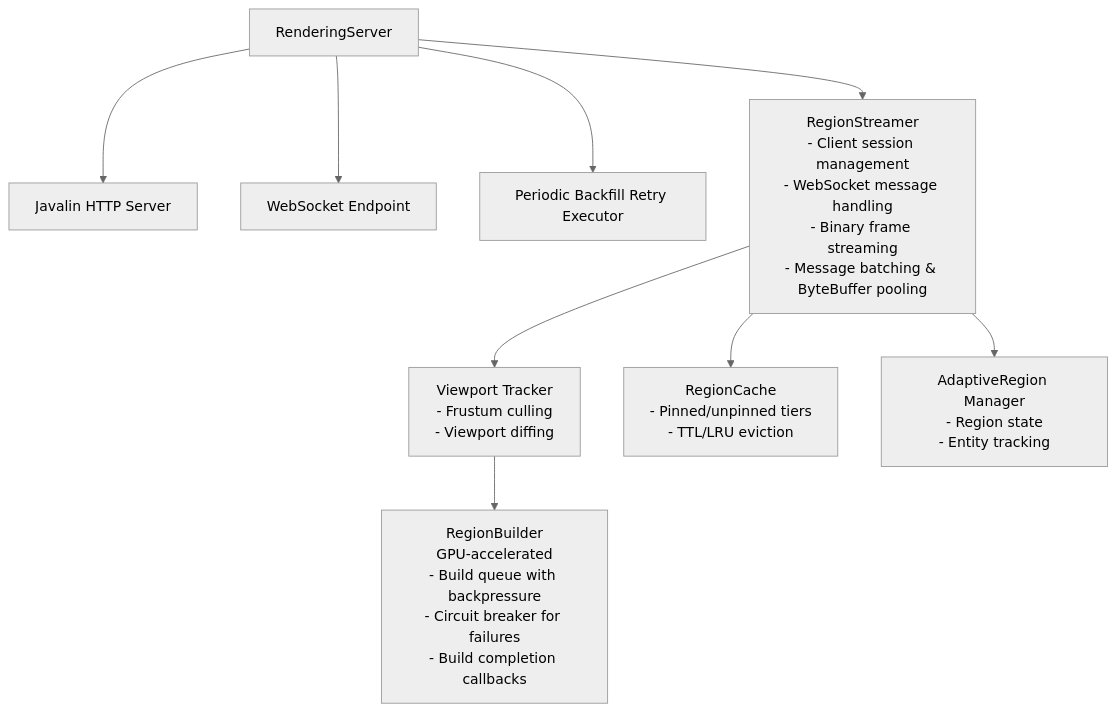
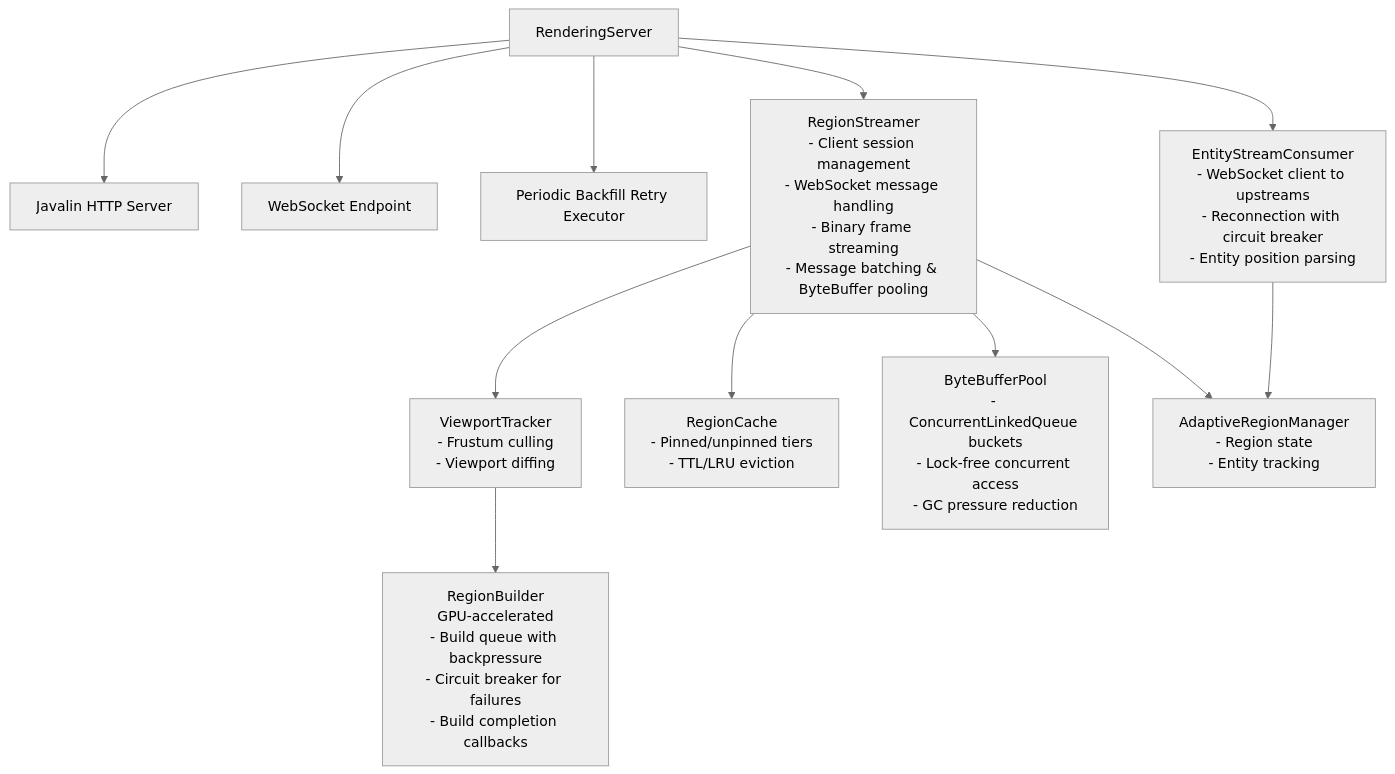
One commit to Hellblazer/Luciferase changed the diagram in simulation/doc/viz-render/ARCHITECTURE.md. Above: the diagram before and after it, drawn with Mermaid (neutral theme). The commit also changed other lines of this file and 4 other files, not shown here.

First line of the commit message:
Expand viz-render architecture documentation

````diff
--- a/simulation/doc/viz-render/ARCHITECTURE.md
+++ b/simulation/doc/viz-render/ARCHITECTURE.md
@@ -15,24 +15,31 @@
 ```mermaid
 graph TD
     A["RenderingServer"]
     A1["Javalin HTTP Server"]
     A2["WebSocket Endpoint"]
     A3["Periodic Backfill Retry Executor"]
 
     B["RegionStreamer<br/>- Client session management<br/>- WebSocket message handling<br/>- Binary frame streaming<br/>- Message batching & ByteBuffer pooling"]
 
-    C["Viewport Tracker<br/>- Frustum culling<br/>- Viewport diffing"]
+    C["ViewportTracker<br/>- Frustum culling<br/>- Viewport diffing"]
     D["RegionCache<br/>- Pinned/unpinned tiers<br/>- TTL/LRU eviction"]
-    E["AdaptiveRegion Manager<br/>- Region state<br/>- Entity tracking"]
+    E["AdaptiveRegionManager<br/>- Region state<br/>- Entity tracking"]
 
     F["RegionBuilder<br/>GPU-accelerated<br/>- Build queue with backpressure<br/>- Circuit breaker for failures<br/>- Build completion callbacks"]
+
+    G["EntityStreamConsumer<br/>- WebSocket client to upstreams<br/>- Reconnection with circuit breaker<br/>- Entity position parsing"]
+
+    H["ByteBufferPool<br/>- ConcurrentLinkedQueue buckets<br/>- Lock-free concurrent access<br/>- GC pressure reduction"]
 
     A --> A1
     A --> A2
     A --> A3
     A --> B
+    A --> G
     B --> C
     B --> D
+    B --> H
     B --> E
     C --> F
+    G --> E
 ```
````
